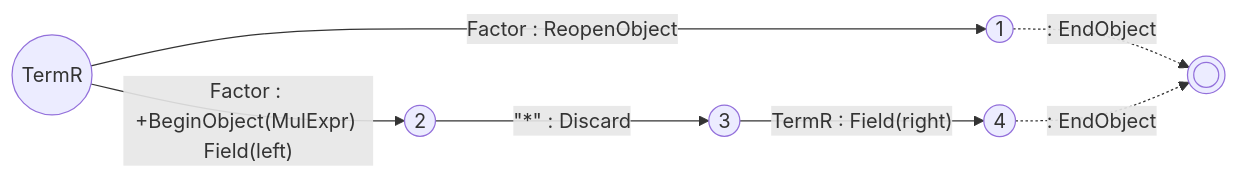
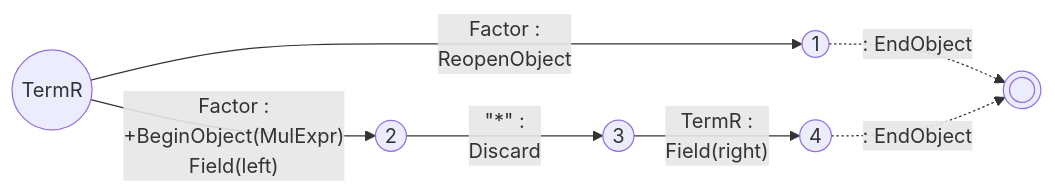
One commit to vczh-websites/vczh changed the fifth of 20 diagrams in Blog/GLR-Refactoring/Mermaid.md. Above: the diagram before and after it, drawn with Mermaid. The commit also changed other lines of this file, not shown here.

````diff
--- a/Blog/GLR-Refactoring/Mermaid.md
+++ b/Blog/GLR-Refactoring/Mermaid.md
@@ -58,9 +65,14 @@
 ```mermaid
 graph LR
-  S((TermR))-- Factor : ReopenObject --> 1
+  S((TermR))-- Factor :
+ReopenObject --> 1
   1((1))-. : EndObject .->E((( )))
-  S-- Factor : +BeginObject(MulExpr) Field(left) -->2
-  2((2))-- #quot;*#quot; : Discard -->3
-  3((3))-- TermR : Field(right) --> 4
+  S-- Factor :
+    +BeginObject(MulExpr)
+    Field(left) -->2
+  2((2))-- #quot;*#quot; :
+    Discard -->3
+  3((3))-- TermR :
+    Field(right) --> 4
   4((4))-. : EndObject .->E
 ```
````
